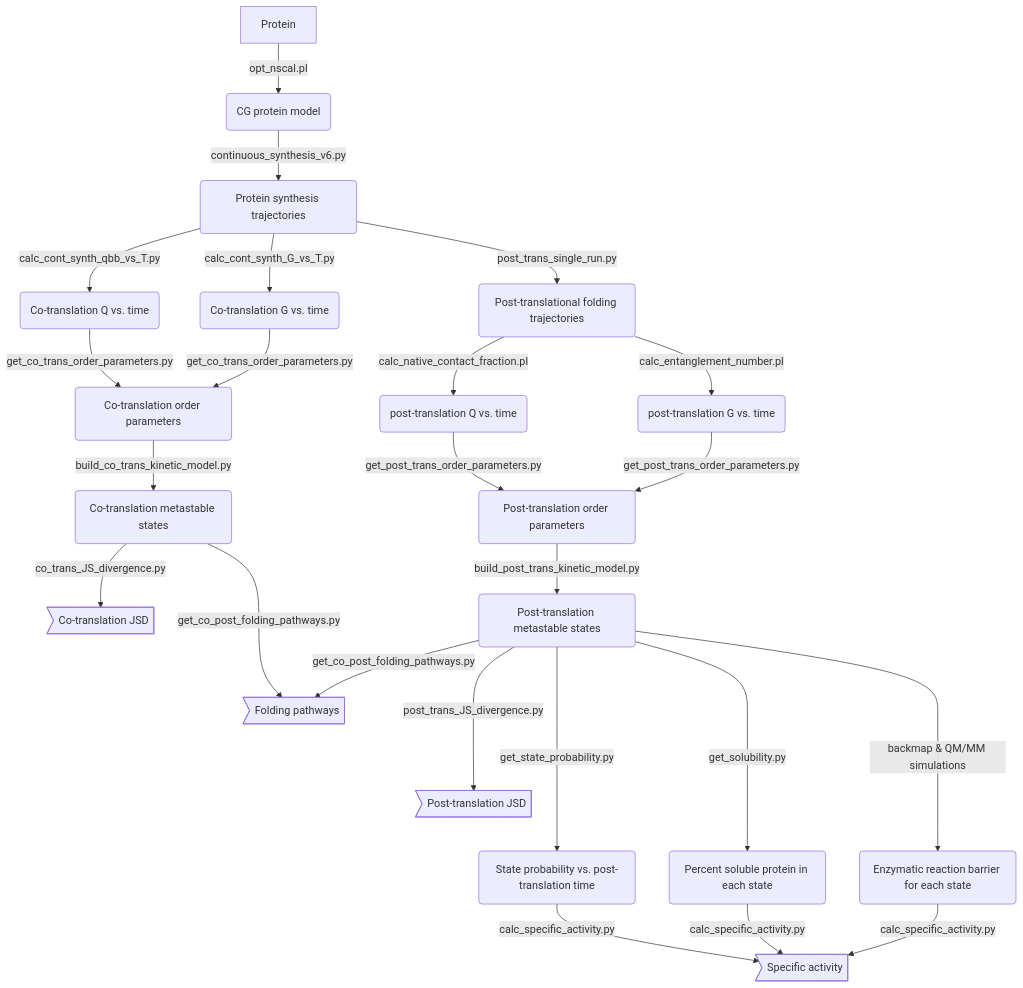
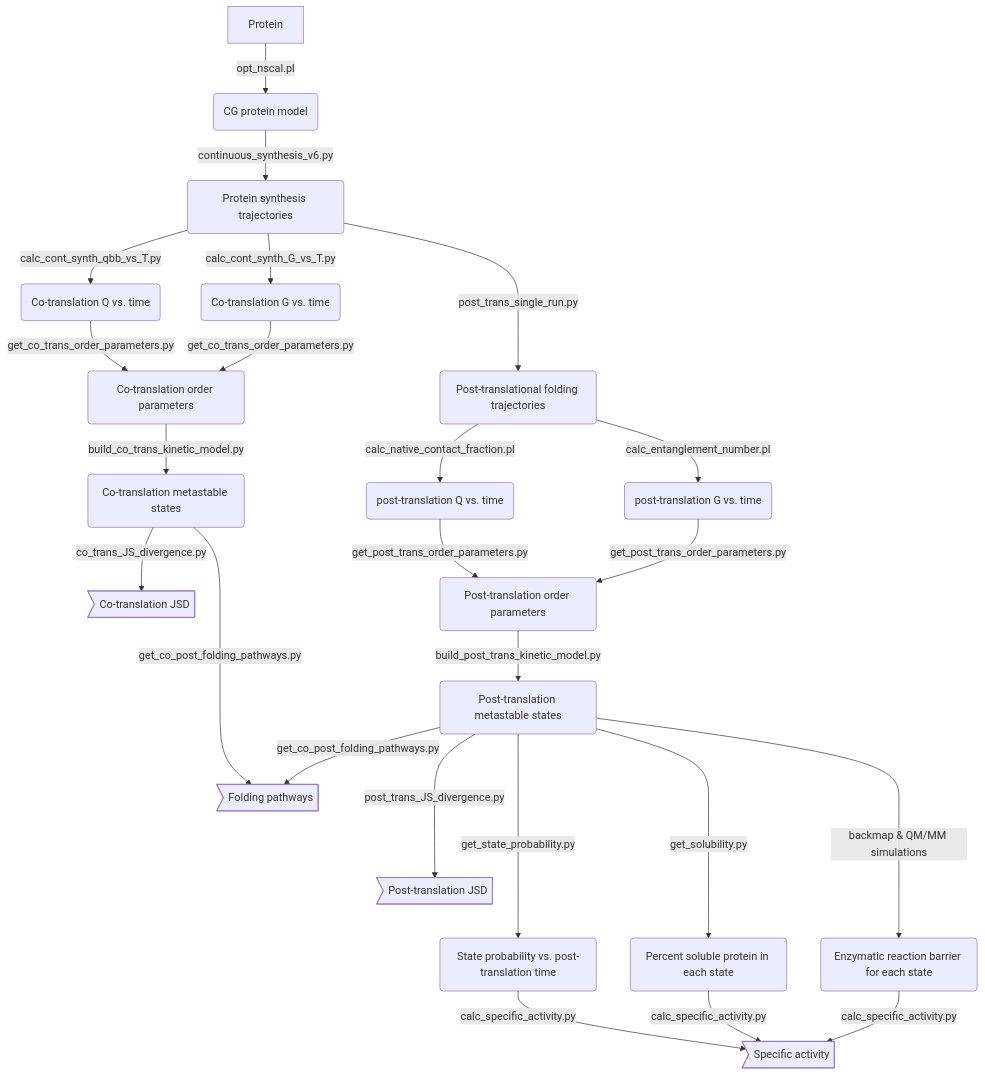
The diagram in README.md (obrien-lab/cg_simtk_protein_folding), drawn with Mermaid before and after one commit.

````diff
--- a/README.md
+++ b/README.md
@@ -162,24 +162,24 @@
 ```mermaid
 graph TD
     A[Protein] -->|opt_nscal.pl| B(CG protein model)
     B --> |continuous_synthesis_v6.py| C(Protein synthesis trajectories)
-    C --> |post_trans_single_run.py| D(Post-translational folding trajectories)
+    C ---> |post_trans_single_run.py| D(Post-translational folding trajectories)
     C --> |calc_cont_synth_qbb_vs_T.py| E(Co-translation Q vs. time)
     C --> |calc_cont_synth_G_vs_T.py| F(Co-translation G vs. time)
     D --> |calc_native_contact_fraction.pl| G(post-translation Q vs. time)
     D --> |calc_entanglement_number.pl| H(post-translation G vs. time)
     E --> |get_co_trans_order_parameters.py| I(Co-translation order parameters)
     F --> |get_co_trans_order_parameters.py| I
     I --> |build_co_trans_kinetic_model.py| J(Co-translation metastable states)
     J --> |co_trans_JS_divergence.py| K>Co-translation JSD]
     G --> |get_post_trans_order_parameters.py| L(Post-translation order parameters)
     H --> |get_post_trans_order_parameters.py| L
     L --> |build_post_trans_kinetic_model.py| M(Post-translation metastable states)
     J & M --> |get_co_post_folding_pathways.py| O>Folding pathways]
     M ---> |post_trans_JS_divergence.py| N>Post-translation JSD]
     M ----> |get_state_probability.py| P(State probability vs. post-translation time)
     M ----> |get_solubility.py| Q(Percent soluble protein in each state)
     M ----> |backmap & QM/MM simulations| R(Enzymatic reaction barrier for each state)
     P & Q & R --> |calc_specific_activity.py| S>Specific activity]
 
 ```
````
